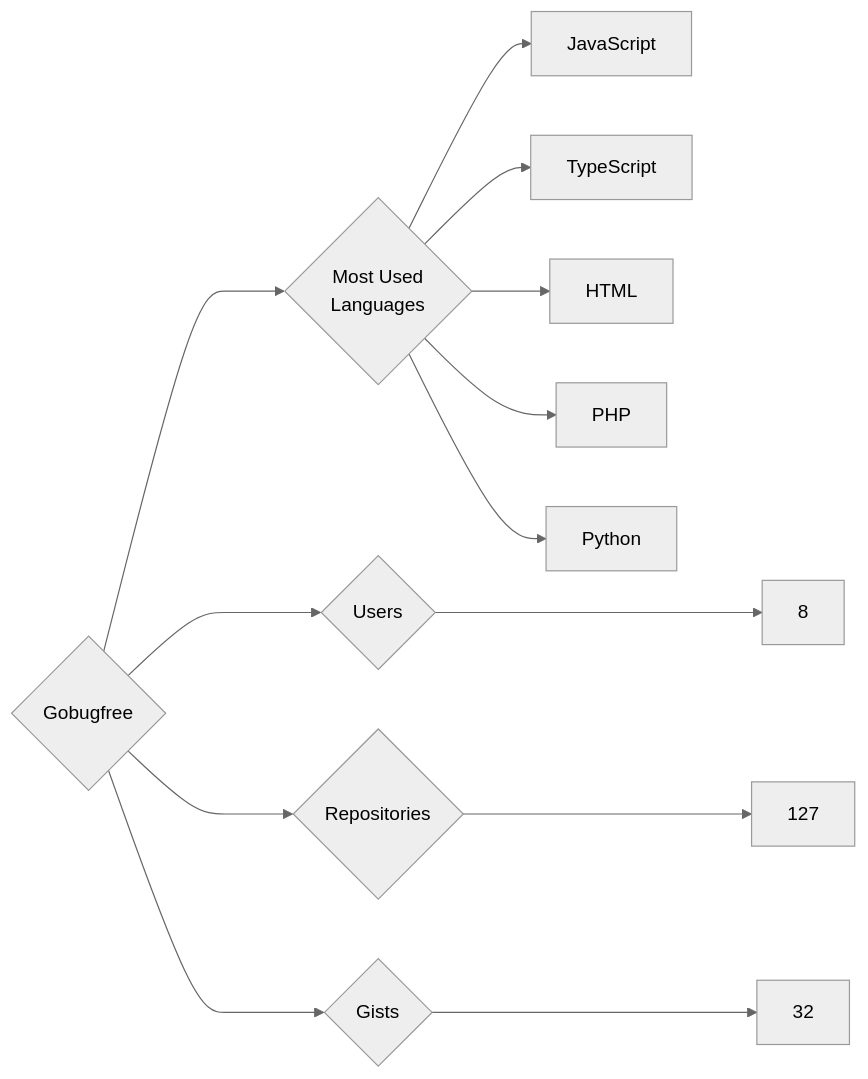
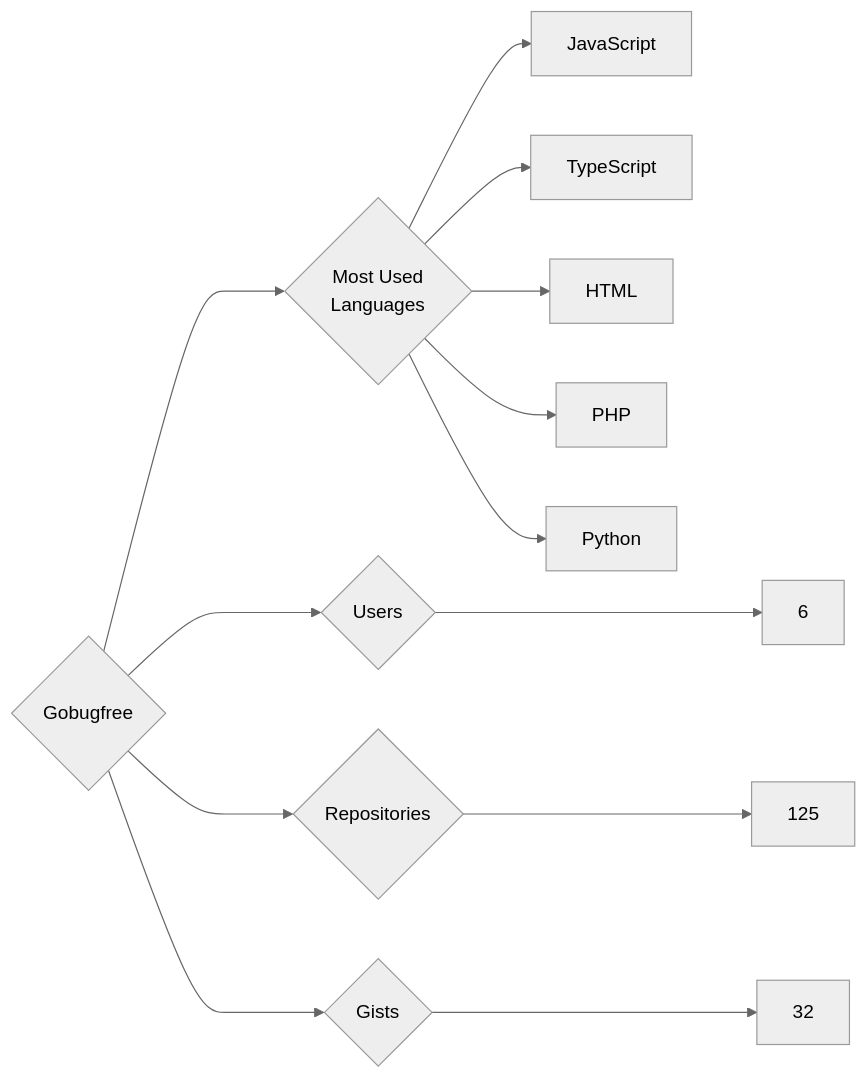
Before and after one commit to trickest/insiders: the diagram in targets/Gobugfree/README.md, drawn with Mermaid (neutral theme). The commit also changed 1088 other files, not shown here.

````diff
--- a/targets/Gobugfree/README.md
+++ b/targets/Gobugfree/README.md
@@ -3,13 +3,13 @@
 ```mermaid
 graph LR
 COMPANY_NAME{Gobugfree}
-COMPANY_NAME ---> U{Users} ---> UN[8]
-COMPANY_NAME ---> R{Repositories} ---> RN[127]
+COMPANY_NAME ---> U{Users} ---> UN[6]
+COMPANY_NAME ---> R{Repositories} ---> RN[125]
 COMPANY_NAME ---> G{Gists} ---> GN[32]
 COMPANY_NAME ---> ML{Most Used<br>Languages}
 ML --> JavaScript[JavaScript]
 ML --> TypeScript[TypeScript]
 ML --> HTML[HTML]
 ML --> PHP[PHP]
 ML --> Python[Python]
 ```
````
